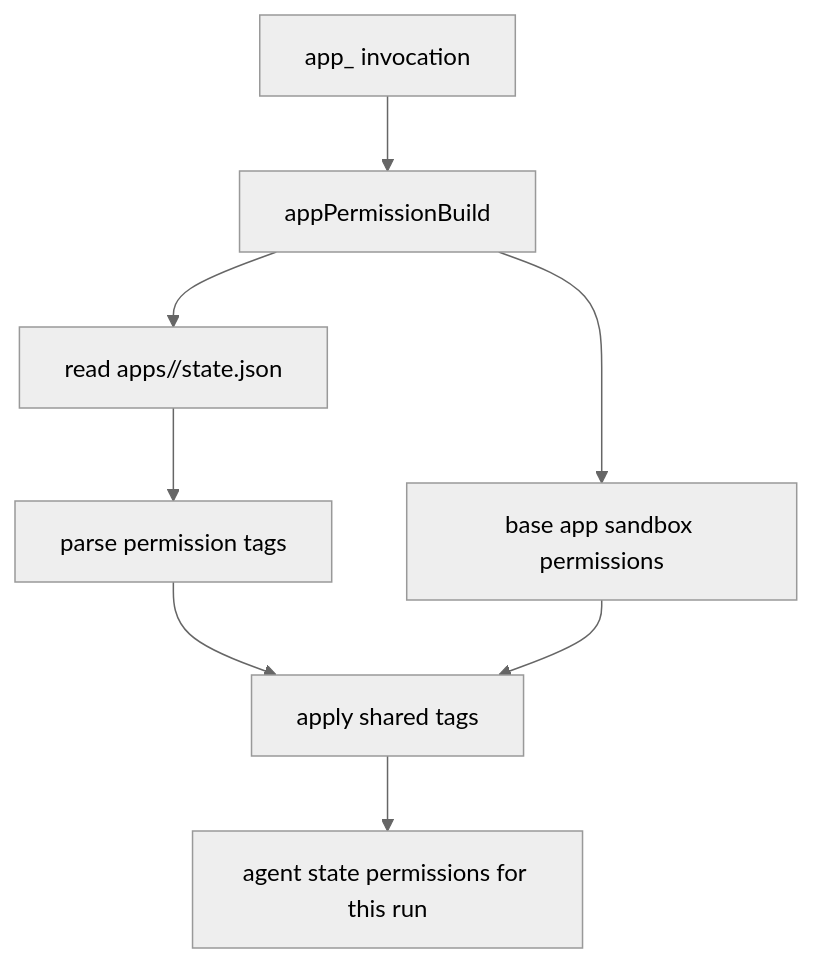
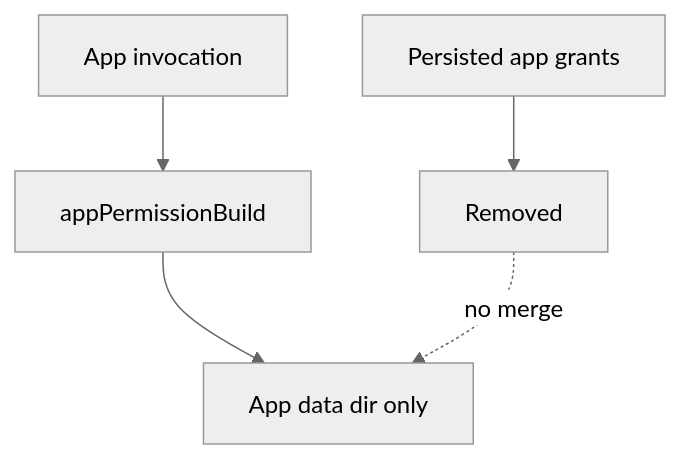
One commit to ex3ndr/daycare changed the diagram in doc/internals/app-permission-sharing.md. Above: the diagram before and after it, drawn with Mermaid (neutral theme). The commit also changed other lines of this file and 7 other files, not shown here.

````diff
--- a/doc/internals/app-permission-sharing.md
+++ b/doc/internals/app-permission-sharing.md
@@ -59,10 +16,7 @@
 ```mermaid
 flowchart TD
-  A[app_<id> invocation] --> B[appPermissionBuild]
-  B --> C[base app sandbox permissions]
-  B --> D[read apps/<app-id>/state.json]
-  D --> E[parse permission tags]
-  E --> F[apply shared tags]
-  C --> F
-  F --> G[agent state permissions for this run]
+  Run[App invocation] --> Fixed[appPermissionBuild]
+  Fixed --> Iso[App data dir only]
+  OldShare[Persisted app grants] --> Removed[Removed]
+  Removed -. no merge .-> Iso
 ```
````
